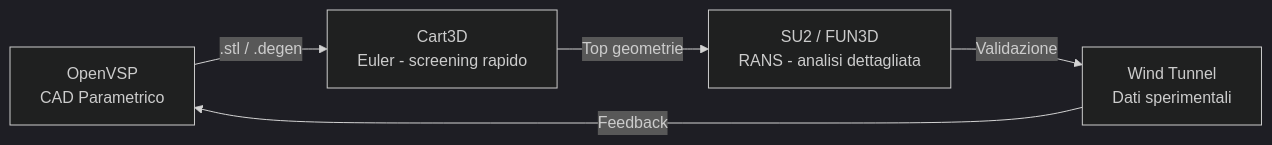
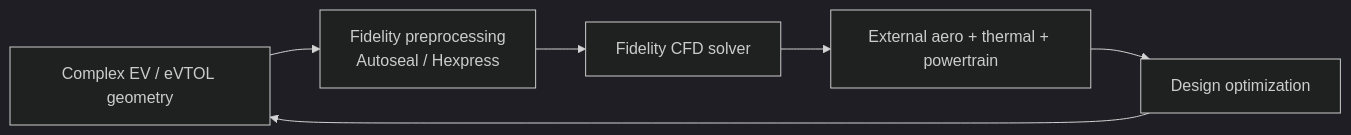
The fourth of 10 diagrams in airspeeder-aero-workflow/examples/industry_examples.md (293459/AeroWorkflow), drawn with Mermaid (dark theme) before and after one commit. The commit also changed other lines of this file and 1 other file, not shown here.

First line of the commit message:
docs: expand industrial CFD workflow research

````diff
--- a/airspeeder-aero-workflow/examples/industry_examples.md
+++ b/airspeeder-aero-workflow/examples/industry_examples.md
@@ -21,7 +106,8 @@
 ```mermaid
 flowchart LR
-    A[OpenVSP\nCAD Parametrico] -->|.stl / .degen| B[Cart3D\nEuler - screening rapido]
-    B -->|Top geometrie| C[SU2 / FUN3D\nRANS - analisi dettagliata]
-    C -->|Validazione| D[Wind Tunnel\nDati sperimentali]
-    D -->|Feedback| A
+    A[Complex EV / eVTOL geometry] --> B[Fidelity preprocessing\nAutoseal / Hexpress]
+    B --> C[Fidelity CFD solver]
+    C --> D[External aero + thermal + powertrain]
+    D --> E[Design optimization]
+    E --> A
 ```
````
